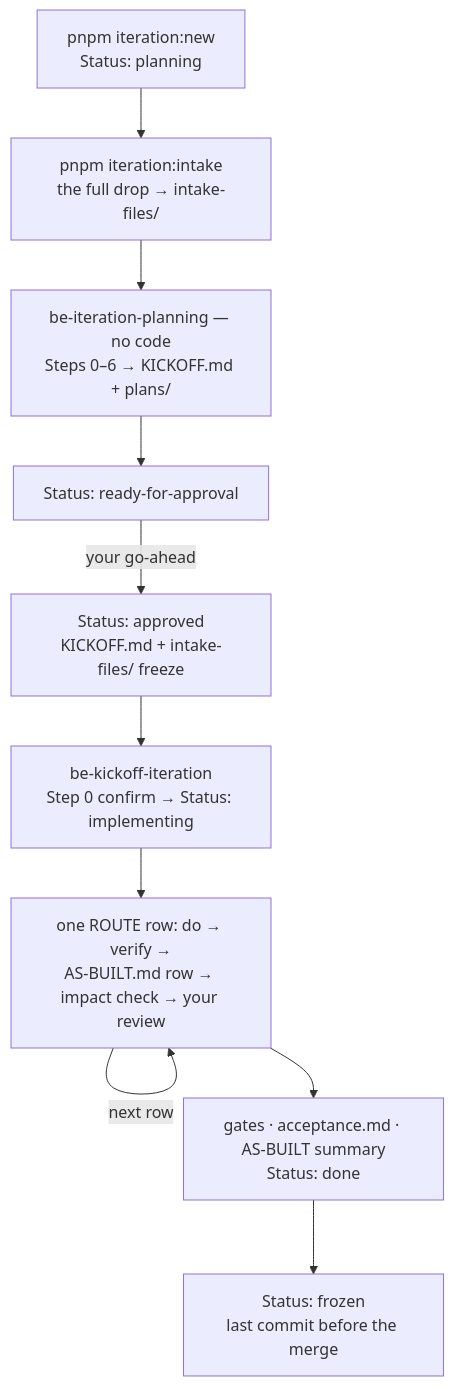
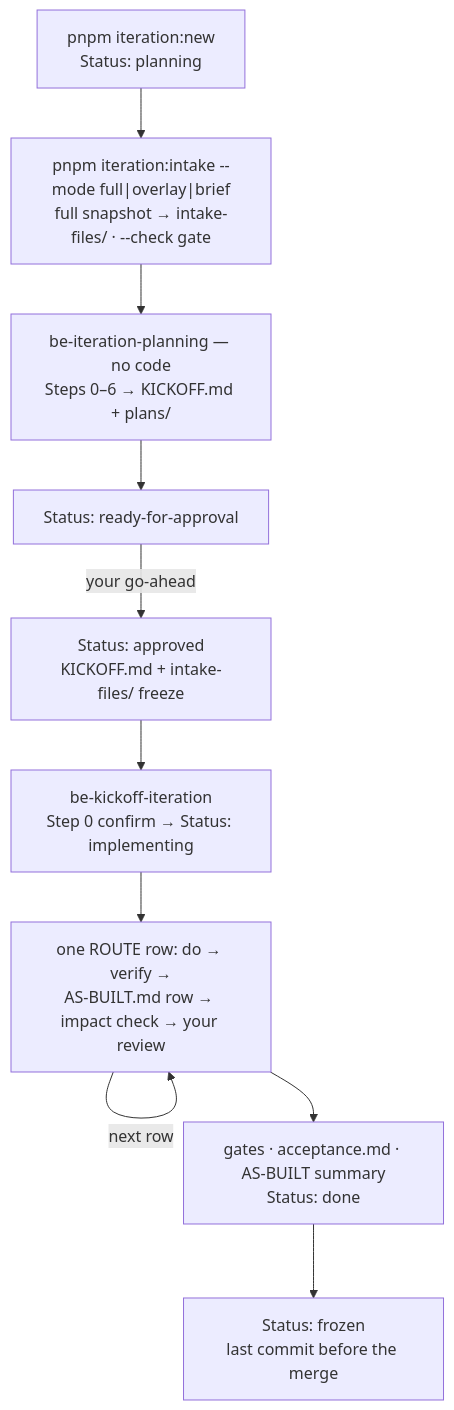
Before and after one commit to albetrios/clinozy-be: the diagram in docs/design-workflow/process/README.md, drawn with Mermaid. The commit also changed other lines of this file and 11 other files, not shown here.

````diff
--- a/docs/design-workflow/process/README.md
+++ b/docs/design-workflow/process/README.md
@@ -10,12 +10,12 @@
 ```mermaid
 flowchart TB
-  NEW["pnpm iteration:new<br/>Status: planning"] --> INTAKE["pnpm iteration:intake<br/>the full drop → intake-files/"]
+  NEW["pnpm iteration:new<br/>Status: planning"] --> INTAKE["pnpm iteration:intake --mode full|overlay|brief<br/>full snapshot → intake-files/ · --check gate"]
   INTAKE --> PLAN["be-iteration-planning — no code<br/>Steps 0–6 → KICKOFF.md + plans/"]
   PLAN --> READY["Status: ready-for-approval"]
   READY -->|your go-ahead| APPROVED["Status: approved<br/>KICKOFF.md + intake-files/ freeze"]
   APPROVED --> KICK["be-kickoff-iteration<br/>Step 0 confirm → Status: implementing"]
   KICK --> ROW["one ROUTE row: do → verify →<br/>AS-BUILT.md row → impact check → your review"]
   ROW -->|next row| ROW
   ROW --> DONE["gates · acceptance.md · AS-BUILT summary<br/>Status: done"]
   DONE --> FROZEN["Status: frozen<br/>last commit before the merge"]
 ```
````
